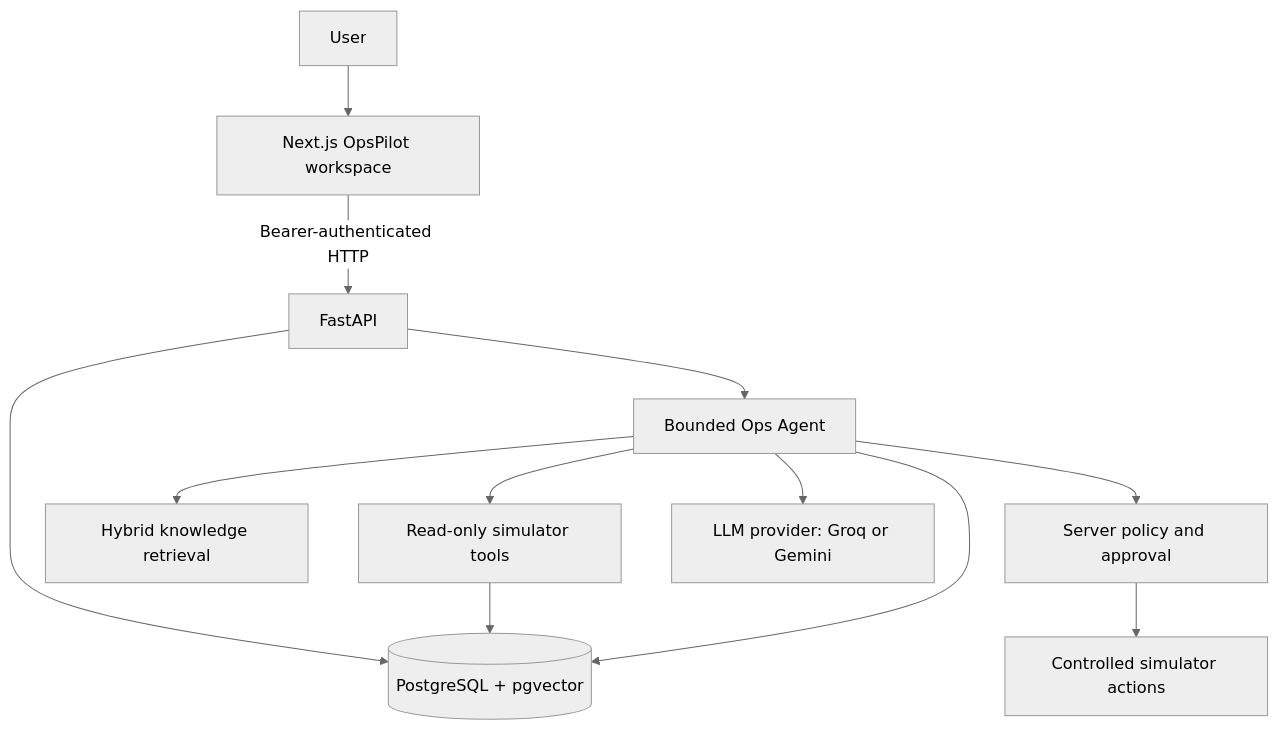
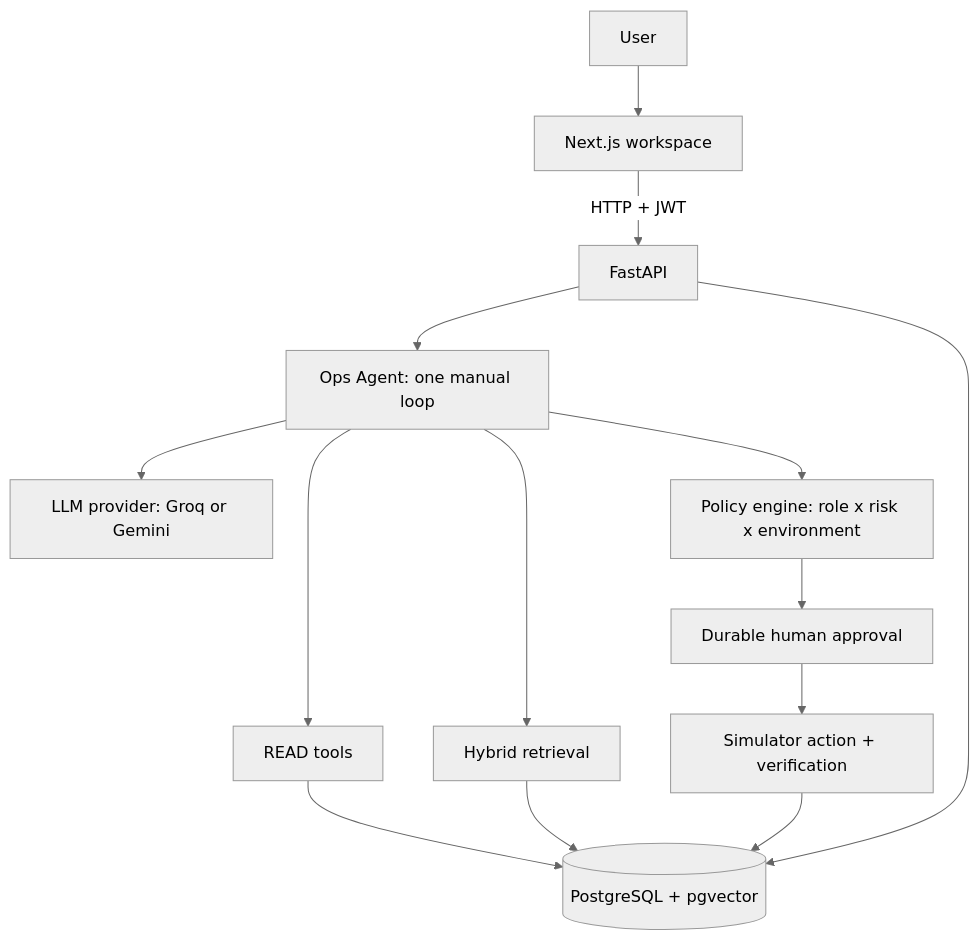
The diagram in README.md (Asadalk/OpsPilot), drawn with Mermaid (neutral theme) before and after one commit. The commit also changed other lines of this file and 13 other files, not shown here.

First line of the commit message:
phase-18: OpsBench v2 grounded in simulator worlds; restore phase docs

````diff
--- a/README.md
+++ b/README.md
@@ -21,14 +21,16 @@
 ```mermaid
 flowchart TD
-  User --> Next[Next.js OpsPilot workspace]
-  Next -->|Bearer-authenticated HTTP| API[FastAPI]
-  API --> Agent[Bounded Ops Agent]
-  Agent --> Tools[Read-only simulator tools]
-  Agent --> RAG[Hybrid knowledge retrieval]
-  Agent --> Policy[Server policy and approval]
-  Policy --> Sim[Controlled simulator actions]
-  API --> DB[(PostgreSQL + pgvector)]
-  Tools --> DB
+  User --> UI[Next.js workspace]
+  UI -->|HTTP + JWT| API[FastAPI]
+  API --> Agent[Ops Agent: one manual loop]
+  Agent --> Tools[READ tools]
+  Agent --> RAG[Hybrid retrieval]
   Agent --> LLM[LLM provider: Groq or Gemini]
-  Agent --> DB
+  Agent --> Policy[Policy engine: role x risk x environment]
+  Policy --> Approval[Durable human approval]
+  Approval --> Sim[Simulator action + verification]
+  Tools --> DB[(PostgreSQL + pgvector)]
+  RAG --> DB
+  Sim --> DB
+  API --> DB
 ```
````
